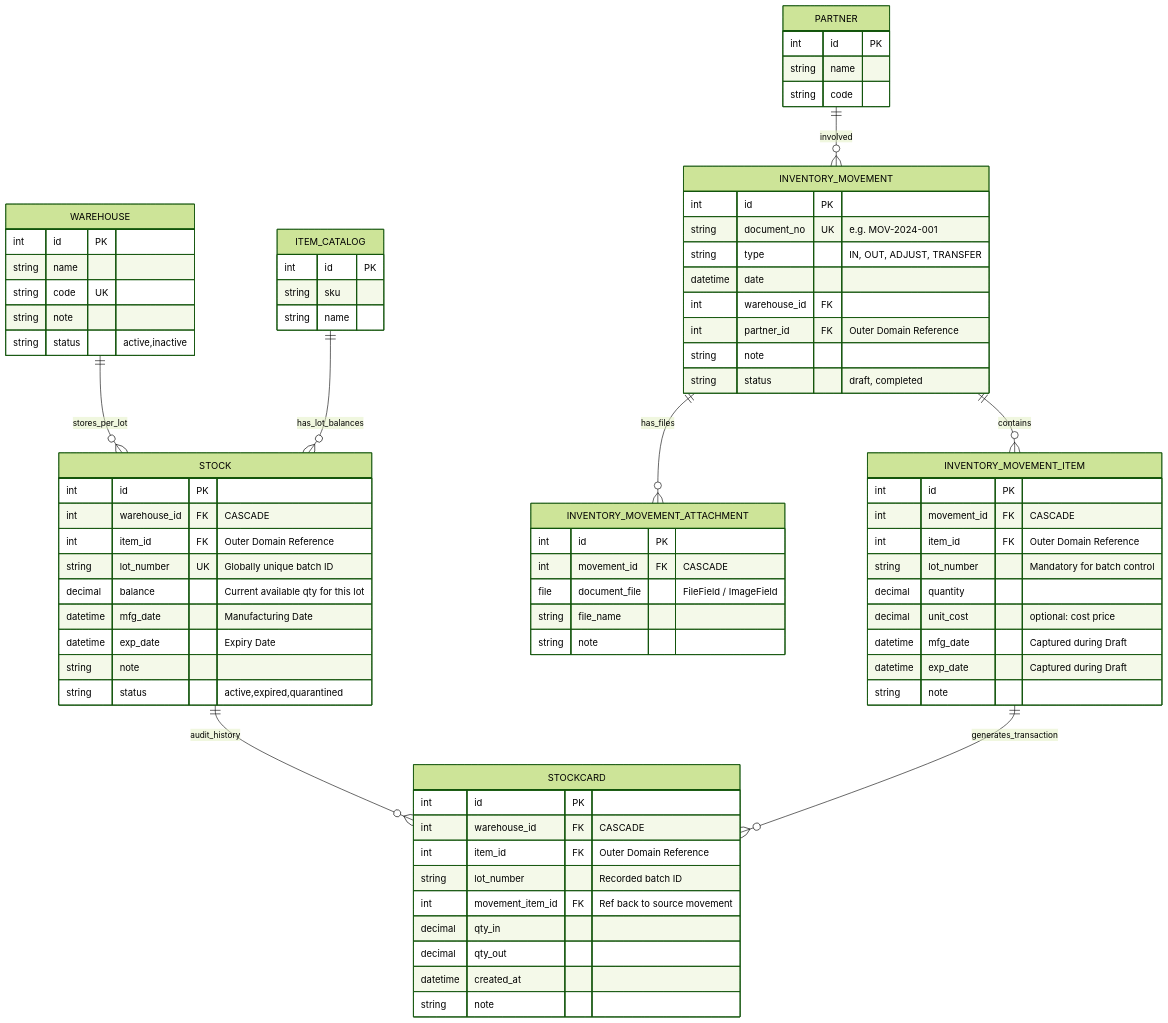
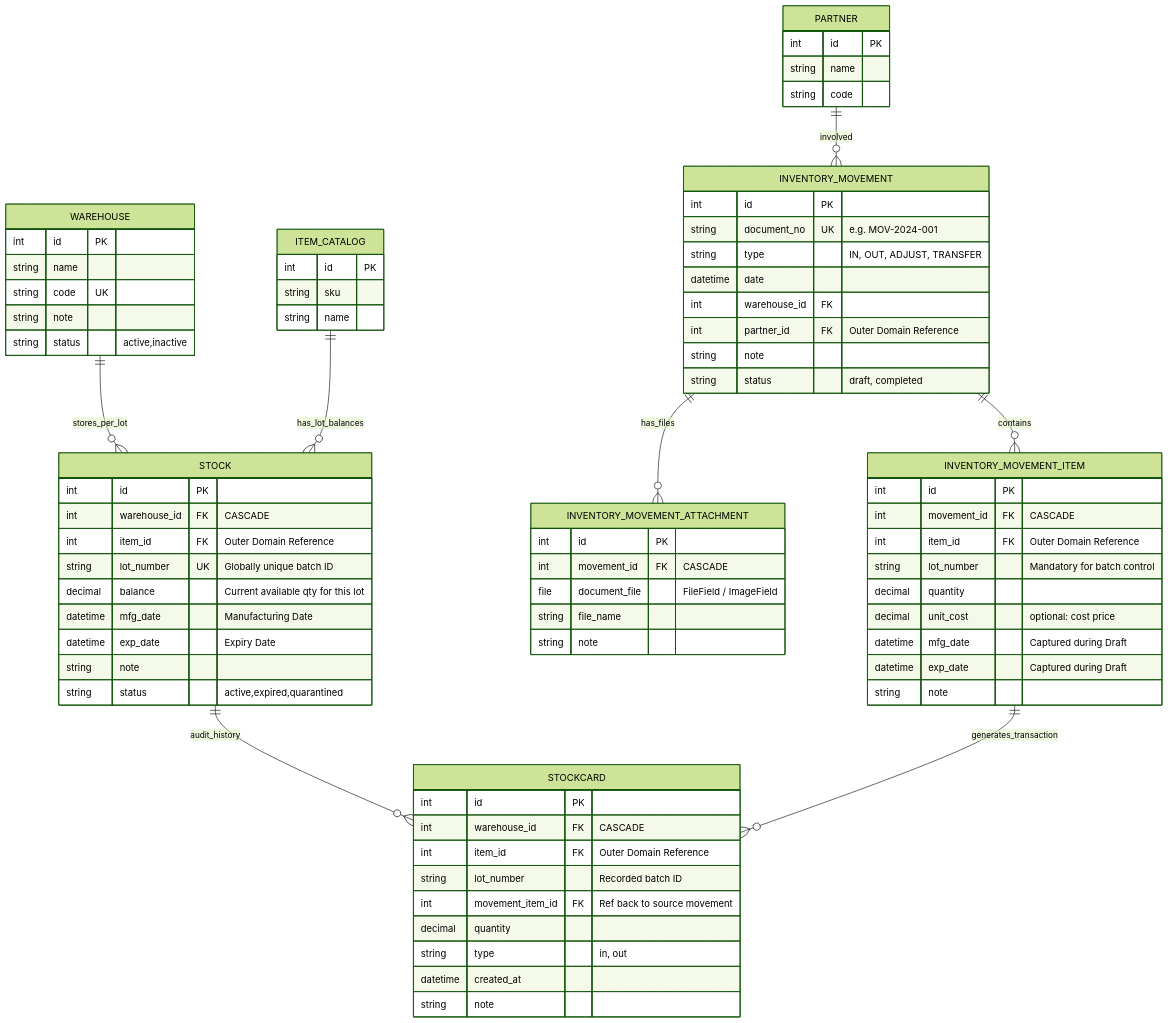
One commit to lockdoor/tj_inventory changed the diagram in django/inventory/docs/ERD.md. Above: the diagram before and after it, drawn with Mermaid (forest theme). The commit also changed 8 other files, not shown here.

```diff
--- a/django/inventory/docs/ERD.md
+++ b/django/inventory/docs/ERD.md
@@ -43,8 +43,8 @@
         int item_id FK "Outer Domain Reference"
         string lot_number "Recorded batch ID"
         int movement_item_id FK "Ref back to source movement"
-        decimal qty_in
-        decimal qty_out
+        decimal quantity
+        string type "in, out"
         datetime created_at
         string note
     }
```
